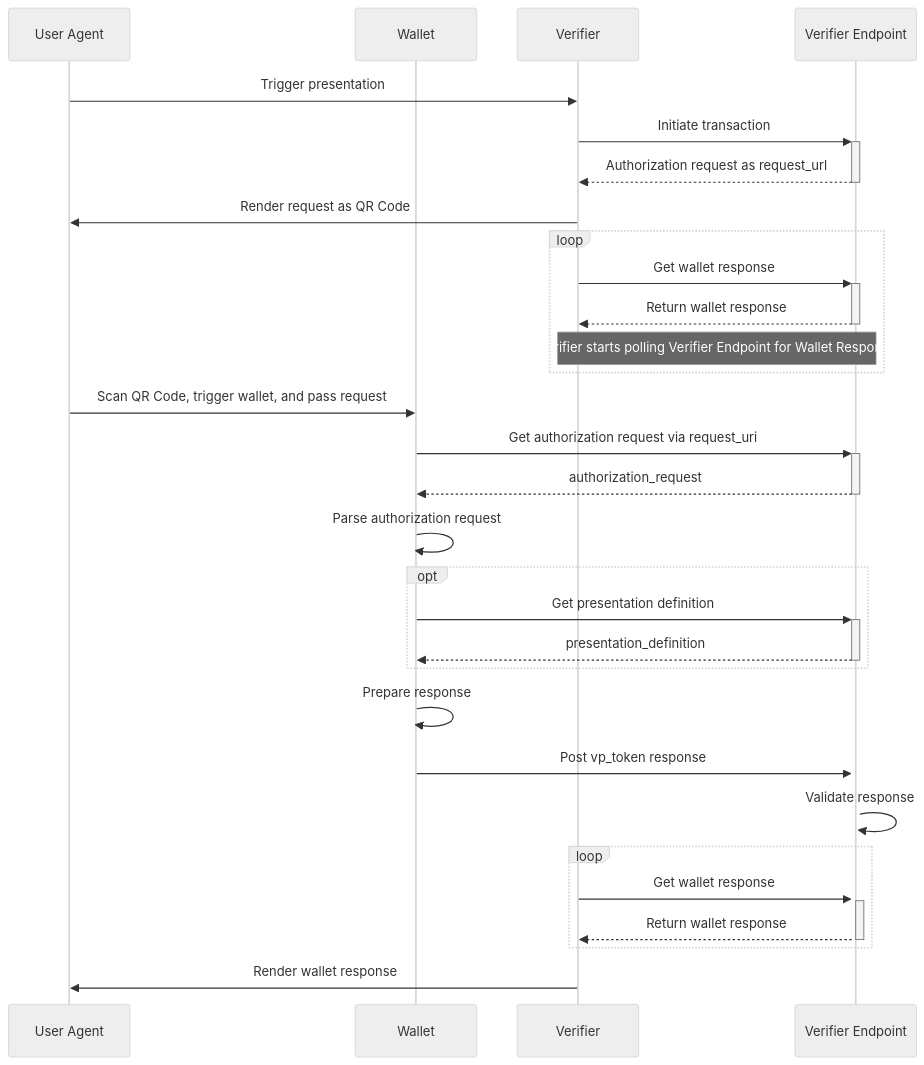
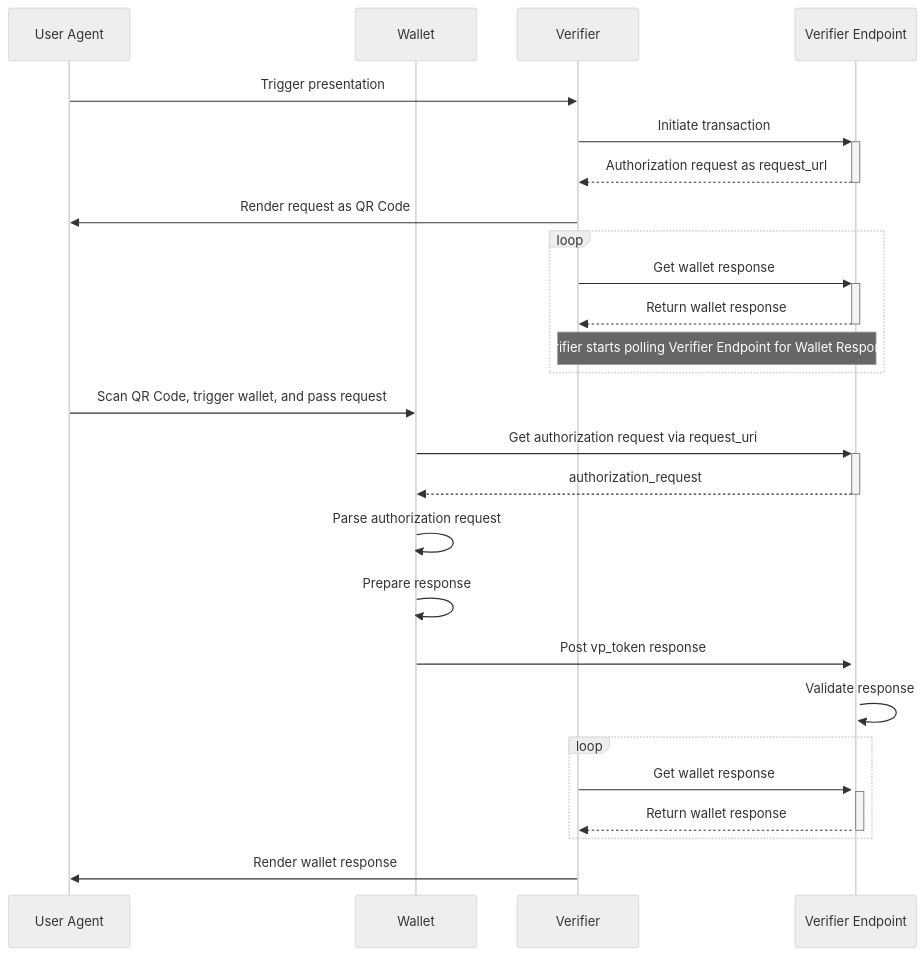
The second of 2 diagrams in README.md (Authbound/eudi-verifier), drawn with Mermaid (neutral theme) before and after one commit. The commit also changed other lines of this file and 14 other files, not shown here.

````diff
--- a/README.md
+++ b/README.md
@@ -180,43 +178,38 @@
 ```mermaid
 sequenceDiagram    
     participant UA as User Agent
     participant W as Wallet
     participant V as Verifier
     participant VE as Verifier Endpoint
     UA->>V: Trigger presentation 
     
     V->>+VE:  Initiate transaction
     VE-->>-V: Authorization request as request_url
     
     V->>UA: Render request as QR Code
 
     loop
     V->>+VE: Get wallet response
     VE-->>-V: Return wallet response
     Note over V,VE: Verifier starts polling Verifier Endpoint for Wallet Response
     end
 
     UA->>W: Scan QR Code, trigger wallet, and pass request
     
     W->>+VE: Get authorization request via request_uri 
     VE-->>-W: authorization_request
     
     W->>W: Parse authorization request
-    
-    opt
-        W->>+VE: Get presentation definition 
-        VE-->>-W: presentation_definition
-    end
-    
+        
     W->>W: Prepare response     
     
     W->>+VE: Post vp_token response 
     VE->>VE: Validate response
 
     loop
     V->>+VE: Get wallet response
     VE-->>-V: Return wallet response
     end
     
     V->>UA: Render wallet response
 ```
````
